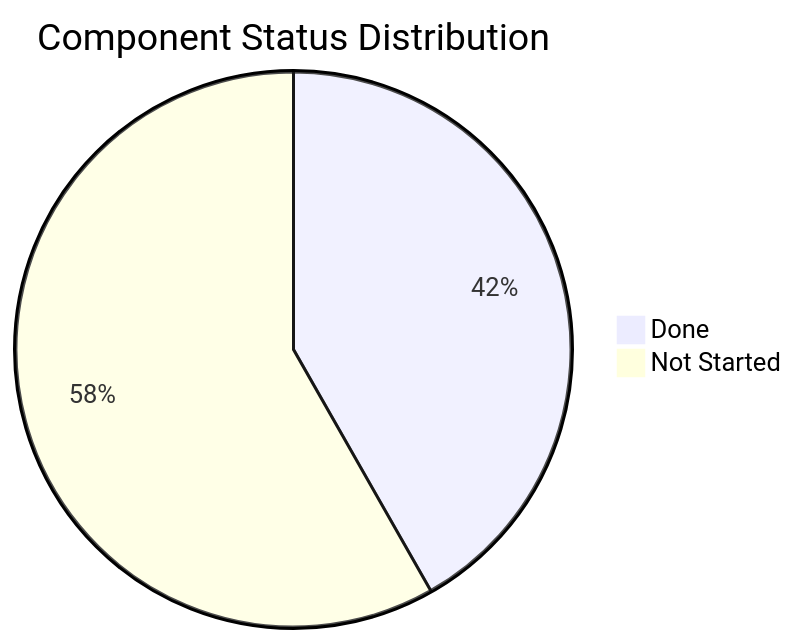
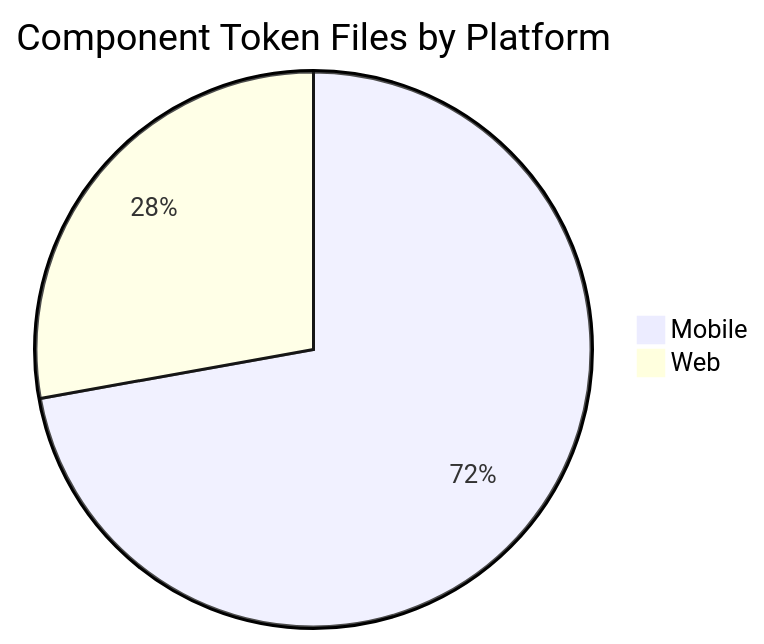
The first of 3 diagrams in PROJECT_STATUS_TRACKER.md (thisisashwinks/HighRise-Tokens), drawn with Mermaid before and after one commit. The commit also changed other lines of this file and 1 other file, not shown here.

First line of the commit message:
Update project status and component token files

````diff
--- a/PROJECT_STATUS_TRACKER.md
+++ b/PROJECT_STATUS_TRACKER.md
@@ -410,5 +241,5 @@
 ```mermaid
-pie title Component Status Distribution
-    "Done" : 71
-    "Not Started" : 99
+pie title Component Token Files by Platform
+    "Mobile" : 96
+    "Web" : 37
 ```
````
